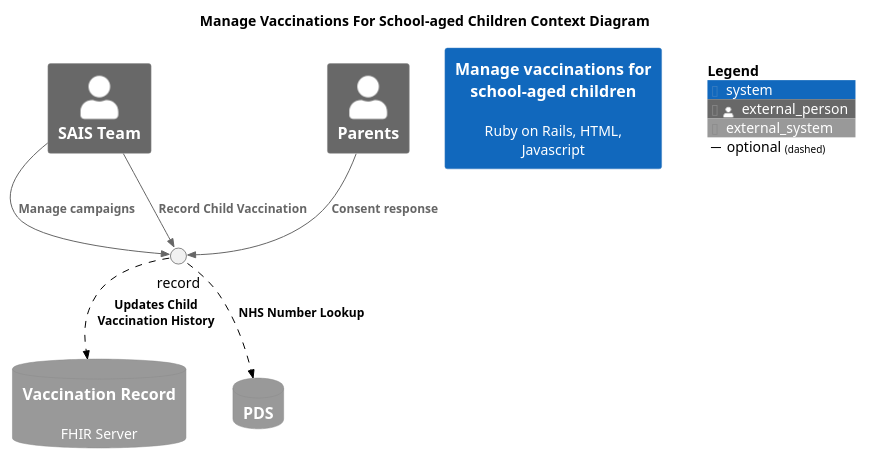
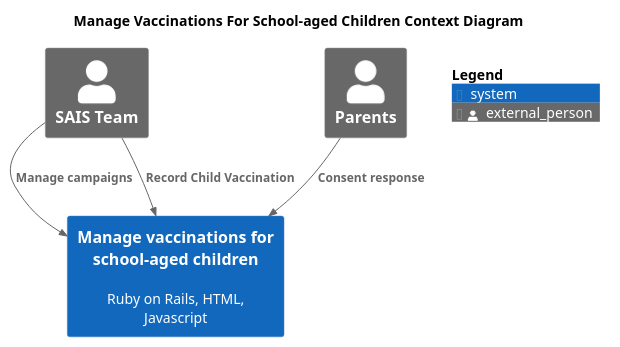
Before and after one commit to nhsuk/manage-vaccinations-in-schools: the diagram in docs/diagrams/context-view.puml, drawn with PlantUML. The commit also changed 6 other files, not shown here.

Commit message:
Update architecture docs adding govuk notify etc

```diff
--- a/docs/diagrams/context-view.puml
+++ b/docs/diagrams/context-view.puml
@@ -1,27 +1,22 @@
 @startuml
 
 !include <C4/C4_Context.puml>
 
 LAYOUT_TOP_DOWN()
 
 title "Manage Vaccinations For School-aged Children Context Diagram"
 
 Person_Ext(sais, "SAIS Team")
 Person_Ext(parents, "Parents")
 
 System(manage, "Manage vaccinations for school-aged children", "Ruby on Rails, HTML, Javascript")
 
-SystemDb_Ext(vaccineRecord, "Vaccination Record", "FHIR Server")
-SystemDb_Ext(pds, "PDS", "")
-
 AddRelTag("optional", $textColor="black", $lineColor="black", $lineStyle="dashed")
 
-Rel(sais, record, "Manage campaigns")
-Rel(sais, record, "Record Child Vaccination")
-Rel(parents, record, "Consent response")
-Rel(record, vaccineRecord, "Updates Child Vaccination History", $tags="optional")
-Rel(record, pds, "NHS Number Lookup", $tags="optional")
+Rel(sais, manage, "Manage campaigns")
+Rel(sais, manage, "Record Child Vaccination")
+Rel(parents, manage, "Consent response")
 
 SHOW_FLOATING_LEGEND()
 
 @enduml
```
